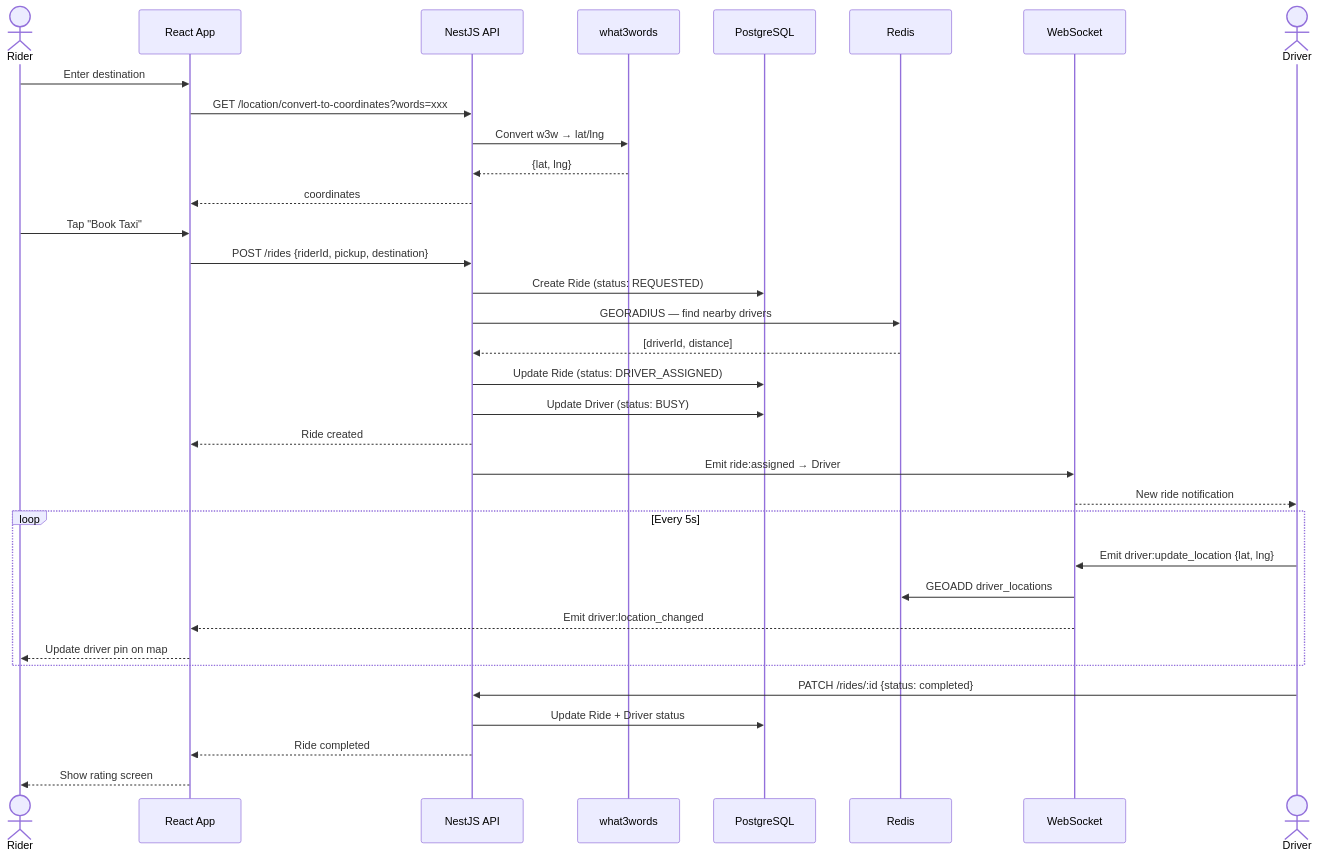
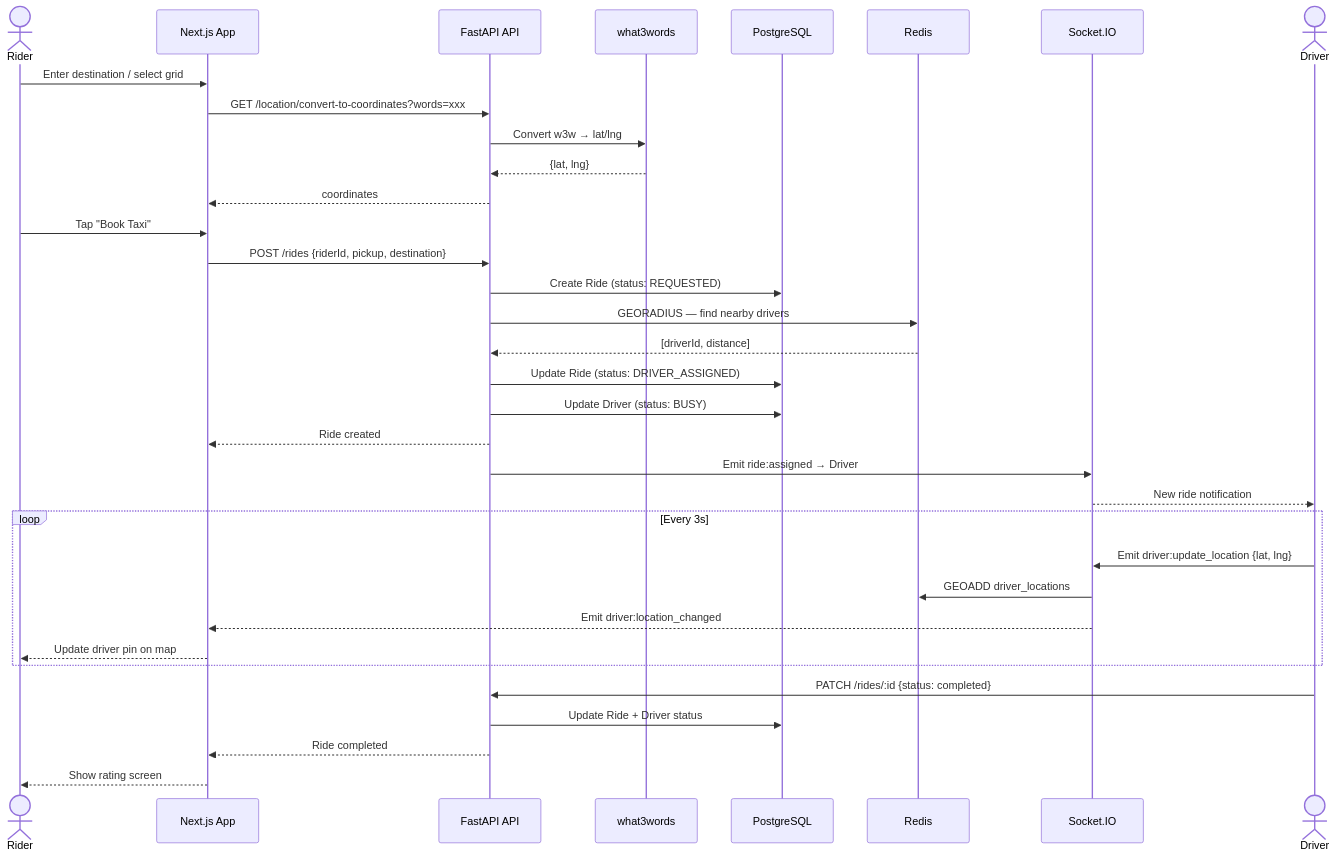
The third of 5 diagrams in README.md (bellonbits/kaalay), drawn with Mermaid before and after one commit. The commit also changed other lines of this file and 292 other files, not shown here.

````diff
--- a/README.md
+++ b/README.md
@@ -77,41 +124,41 @@
 ```mermaid
 sequenceDiagram
     actor Rider
-    participant App as React App
-    participant API as NestJS API
+    participant App as Next.js App
+    participant API as FastAPI API
     participant W3W as what3words
     participant DB as PostgreSQL
     participant Redis
-    participant WS as WebSocket
+    participant WS as Socket.IO
     actor Driver
 
-    Rider->>App: Enter destination
+    Rider->>App: Enter destination / select grid
     App->>API: GET /location/convert-to-coordinates?words=xxx
     API->>W3W: Convert w3w → lat/lng
     W3W-->>API: {lat, lng}
     API-->>App: coordinates
 
     Rider->>App: Tap "Book Taxi"
     App->>API: POST /rides {riderId, pickup, destination}
     API->>DB: Create Ride (status: REQUESTED)
     API->>Redis: GEORADIUS — find nearby drivers
     Redis-->>API: [driverId, distance]
     API->>DB: Update Ride (status: DRIVER_ASSIGNED)
     API->>DB: Update Driver (status: BUSY)
     API-->>App: Ride created
 
     API->>WS: Emit ride:assigned → Driver
     WS-->>Driver: New ride notification
 
-    loop Every 5s
+    loop Every 3s
         Driver->>WS: Emit driver:update_location {lat, lng}
         WS->>Redis: GEOADD driver_locations
         WS-->>App: Emit driver:location_changed
         App-->>Rider: Update driver pin on map
     end
 
     Driver->>API: PATCH /rides/:id {status: completed}
     API->>DB: Update Ride + Driver status
     API-->>App: Ride completed
     App-->>Rider: Show rating screen
 ```
````
